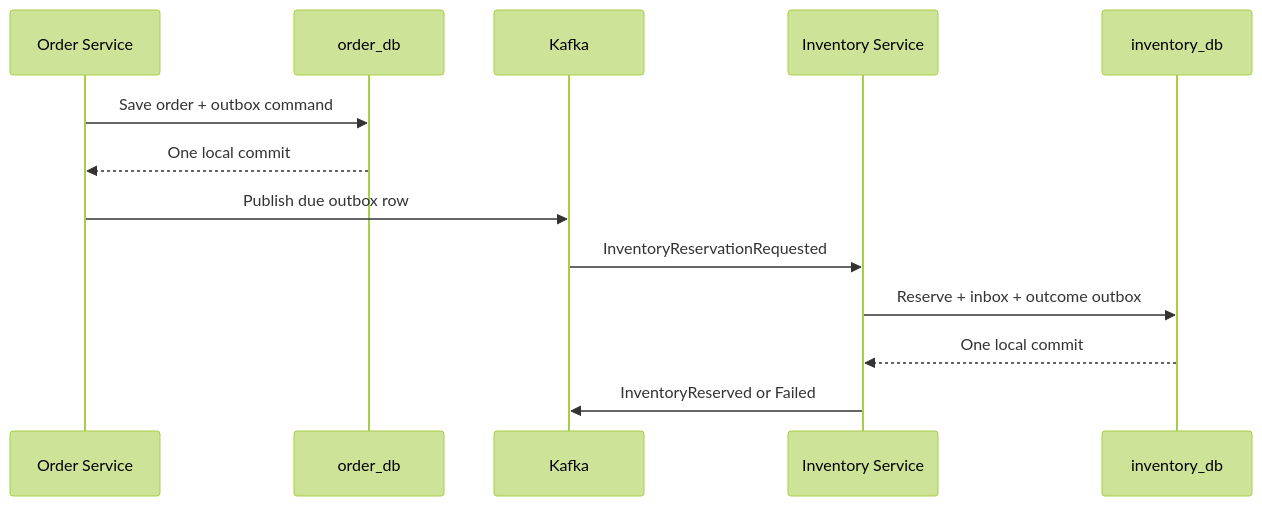
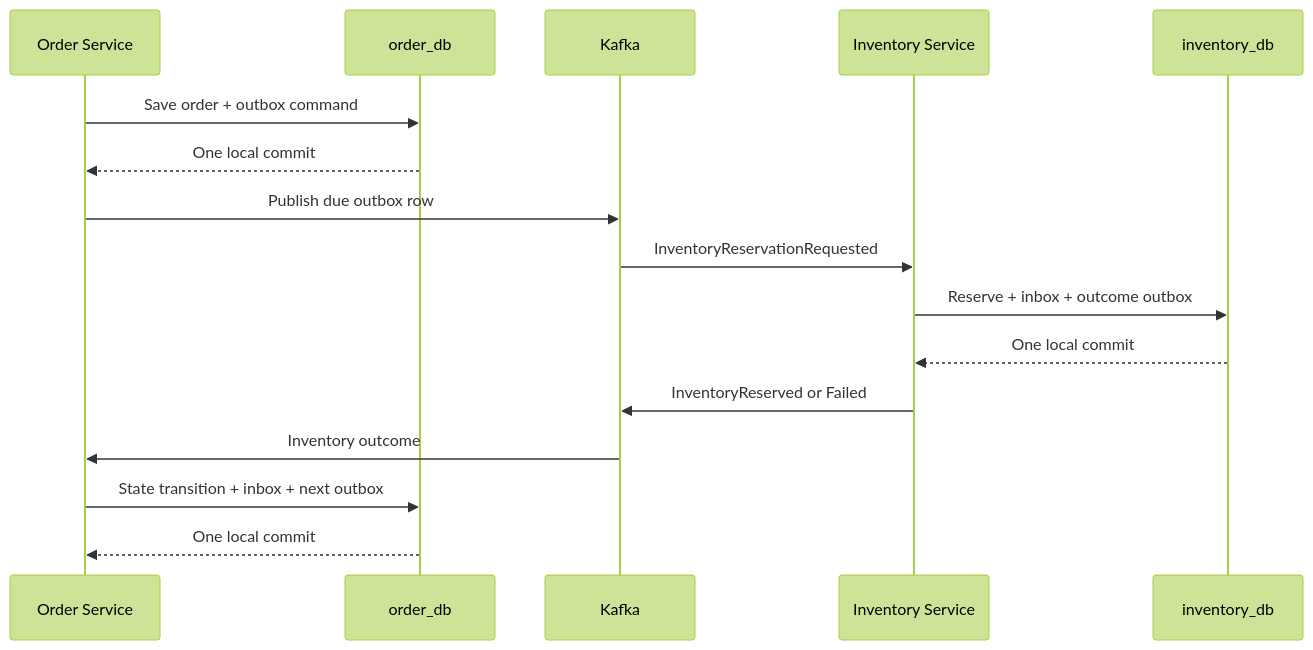
The diagram in docs/learning/11-transactional-outbox-and-idempotent-consumers.md (tranverse/ecommerce-microservices), drawn with Mermaid (forest theme) before and after one commit. The commit also changed other lines of this file and 31 other files, not shown here.

````diff
--- a/docs/learning/11-transactional-outbox-and-idempotent-consumers.md
+++ b/docs/learning/11-transactional-outbox-and-idempotent-consumers.md
@@ -22,16 +22,19 @@
 ```mermaid
 sequenceDiagram
     participant O as Order Service
     participant ODB as order_db
     participant K as Kafka
     participant I as Inventory Service
     participant IDB as inventory_db
 
     O->>ODB: Save order + outbox command
     ODB-->>O: One local commit
     O->>K: Publish due outbox row
     K->>I: InventoryReservationRequested
     I->>IDB: Reserve + inbox + outcome outbox
     IDB-->>I: One local commit
     I->>K: InventoryReserved or Failed
+    K->>O: Inventory outcome
+    O->>ODB: State transition + inbox + next outbox
+    ODB-->>O: One local commit
 ```
````
